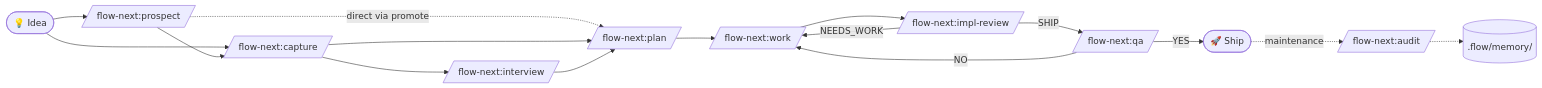
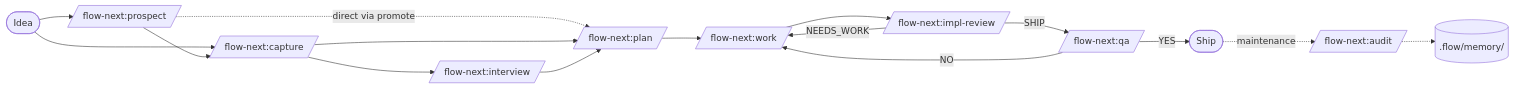
The diagram in README.md (gmickel/flow-next), drawn with Mermaid before and after one commit. The commit also changed other lines of this file and 2 other files, not shown here.

````diff
--- a/README.md
+++ b/README.md
@@ -165,19 +196,19 @@
 ```mermaid
 flowchart LR
-    Idea([💡 Idea]) --> P[/flow-next:prospect/]
+    Idea([Idea]) --> P[/flow-next:prospect/]
     Idea --> C[/flow-next:capture/]
     P --> C
     P -.->|direct via promote| L[/flow-next:plan/]
     C --> L
     C --> I[/flow-next:interview/]
     I --> L
     L --> W[/flow-next:work/]
     W --> R[/flow-next:impl-review/]
     R -->|SHIP| Q[/flow-next:qa/]
     R -->|NEEDS_WORK| W
-    Q -->|YES| Done([🚀 Ship])
+    Q -->|YES| Done([Ship])
     Q -->|NO| W
 
     Done -.maintenance.-> A[/flow-next:audit/]
     A -.-> M[(.flow/memory/)]
 ```
````
